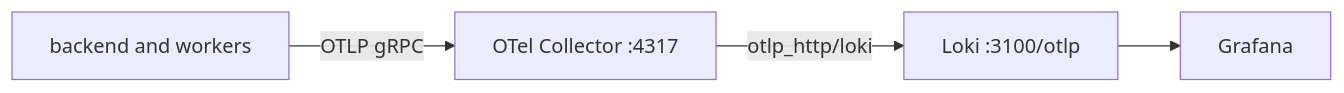
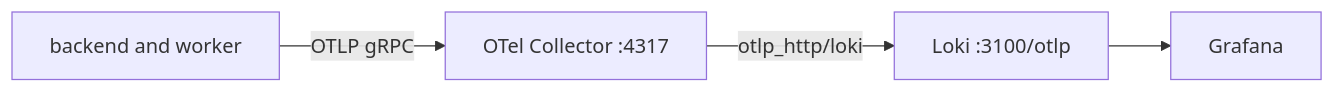
Before and after one commit to HardMax71/Integr8sCode: the diagram in docs/operations/loki.md, drawn with Mermaid. The commit also changed other lines of this file and 51 other files, not shown here.

````diff
--- a/docs/operations/loki.md
+++ b/docs/operations/loki.md
@@ -5,6 +5,6 @@
 ```mermaid
 flowchart LR
-    Proc["backend and workers"] -->|"OTLP gRPC"| Collector["OTel Collector :4317"]
+    Proc["backend and worker"] -->|"OTLP gRPC"| Collector["OTel Collector :4317"]
     Collector -->|"otlp_http/loki"| Loki["Loki :3100/otlp"]
     Loki --> Grafana
 ```
````
